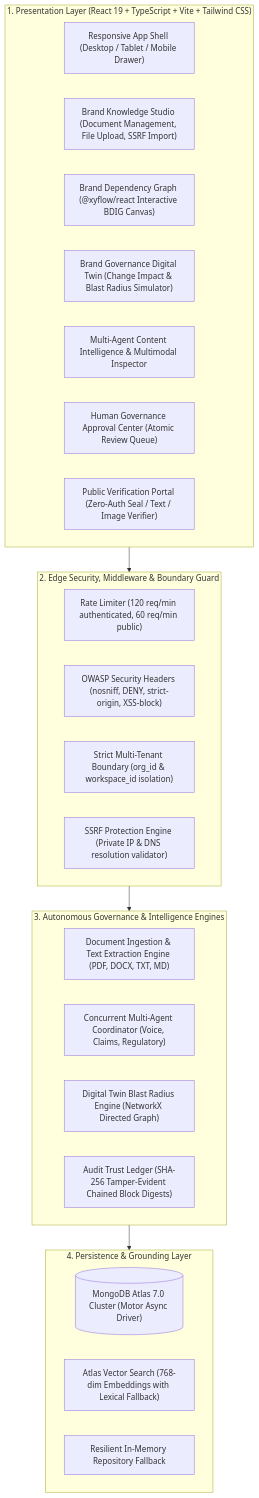
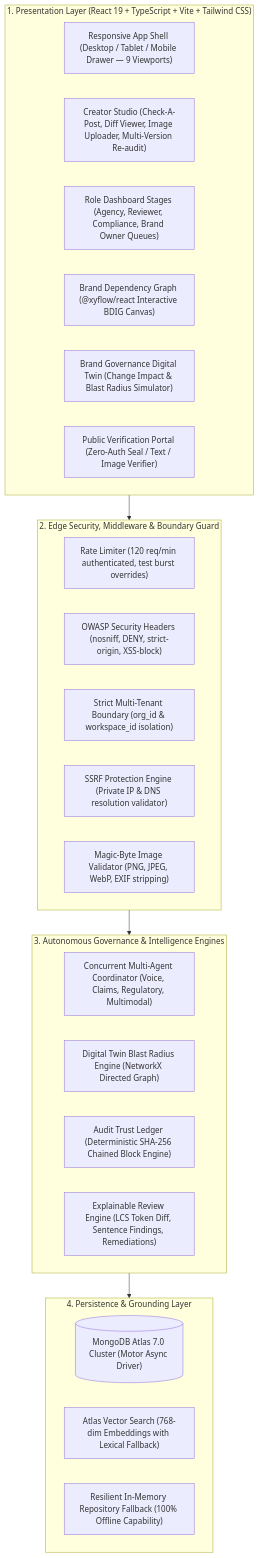
Before and after one commit to Jaswant-Karun/BrandTrace-AI: the second of 2 diagrams in README.md, drawn with Mermaid. The commit also changed other lines of this file and 43 other files, not shown here.

````diff
--- a/README.md
+++ b/README.md
@@ -55,36 +70,36 @@
 ```mermaid
 flowchart TB
     subgraph PresentationLayer ["1. Presentation Layer (React 19 + TypeScript + Vite + Tailwind CSS)"]
-        UI_Nav["Responsive App Shell (Desktop / Tablet / Mobile Drawer)"]
-        UI_KB["Brand Knowledge Studio (Document Management, File Upload, SSRF Import)"]
+        UI_Nav["Responsive App Shell (Desktop / Tablet / Mobile Drawer — 9 Viewports)"]
+        UI_Creator["Creator Studio (Check-A-Post, Diff Viewer, Image Uploader, Multi-Version Re-audit)"]
+        UI_Roles["Role Dashboard Stages (Agency, Reviewer, Compliance, Brand Owner Queues)"]
         UI_Canvas["Brand Dependency Graph (@xyflow/react Interactive BDIG Canvas)"]
         UI_Twin["Brand Governance Digital Twin (Change Impact & Blast Radius Simulator)"]
-        UI_Inspect["Multi-Agent Content Intelligence & Multimodal Inspector"]
-        UI_Approvals["Human Governance Approval Center (Atomic Review Queue)"]
         UI_Portal["Public Verification Portal (Zero-Auth Seal / Text / Image Verifier)"]
     end
 
     subgraph SecurityLayer ["2. Edge Security, Middleware & Boundary Guard"]
-        RateLimit["Rate Limiter (120 req/min authenticated, 60 req/min public)"]
+        RateLimit["Rate Limiter (120 req/min authenticated, test burst overrides)"]
         SecHeaders["OWASP Security Headers (nosniff, DENY, strict-origin, XSS-block)"]
         TenantGuard["Strict Multi-Tenant Boundary (org_id & workspace_id isolation)"]
         SSRFGuard["SSRF Protection Engine (Private IP & DNS resolution validator)"]
+        UploadGuard["Magic-Byte Image Validator (PNG, JPEG, WebP, EXIF stripping)"]
     end
 
     subgraph CoreEngines ["3. Autonomous Governance & Intelligence Engines"]
-        DocEngine["Document Ingestion & Text Extraction Engine (PDF, DOCX, TXT, MD)"]
-        AgentPipeline["Concurrent Multi-Agent Coordinator (Voice, Claims, Regulatory)"]
+        AgentPipeline["Concurrent Multi-Agent Coordinator (Voice, Claims, Regulatory, Multimodal)"]
         DigitalTwin["Digital Twin Blast Radius Engine (NetworkX Directed Graph)"]
-        LedgerEngine["Audit Trust Ledger (SHA-256 Tamper-Evident Chained Block Digests)"]
+        LedgerEngine["Audit Trust Ledger (Deterministic SHA-256 Chained Block Engine)"]
+        ExplainableReview["Explainable Review Engine (LCS Token Diff, Sentence Findings, Remediations)"]
     end
 
     subgraph PersistenceLayer ["4. Persistence & Grounding Layer"]
         Atlas_DB[("MongoDB Atlas 7.0 Cluster (Motor Async Driver)")]
         Atlas_Vector["Atlas Vector Search (768-dim Embeddings with Lexical Fallback)"]
-        Memory_Fallback["Resilient In-Memory Repository Fallback"]
+        Memory_Fallback["Resilient In-Memory Repository Fallback (100% Offline Capability)"]
     end
 
     PresentationLayer --> SecurityLayer
     SecurityLayer --> CoreEngines
     CoreEngines --> PersistenceLayer
 ```
````
